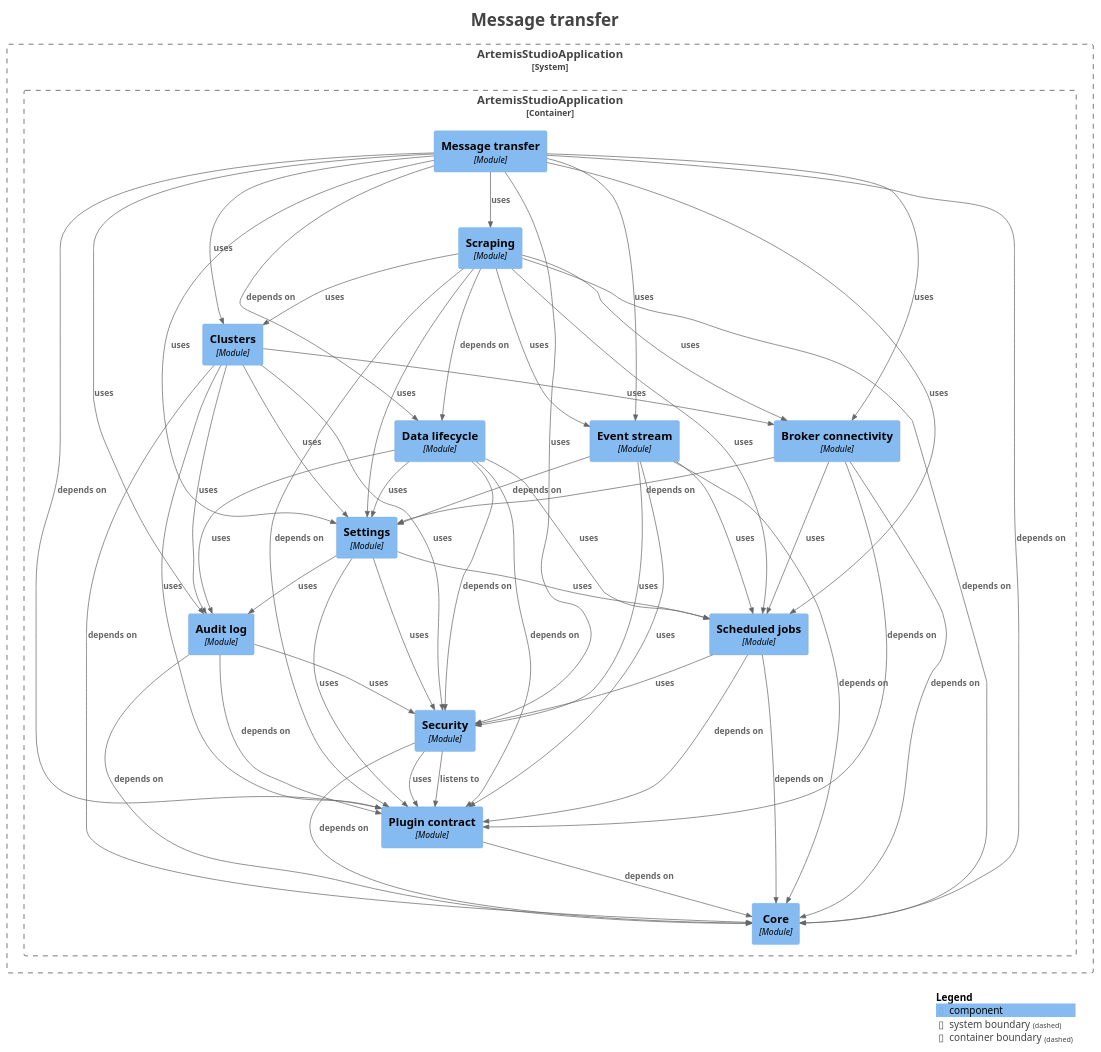
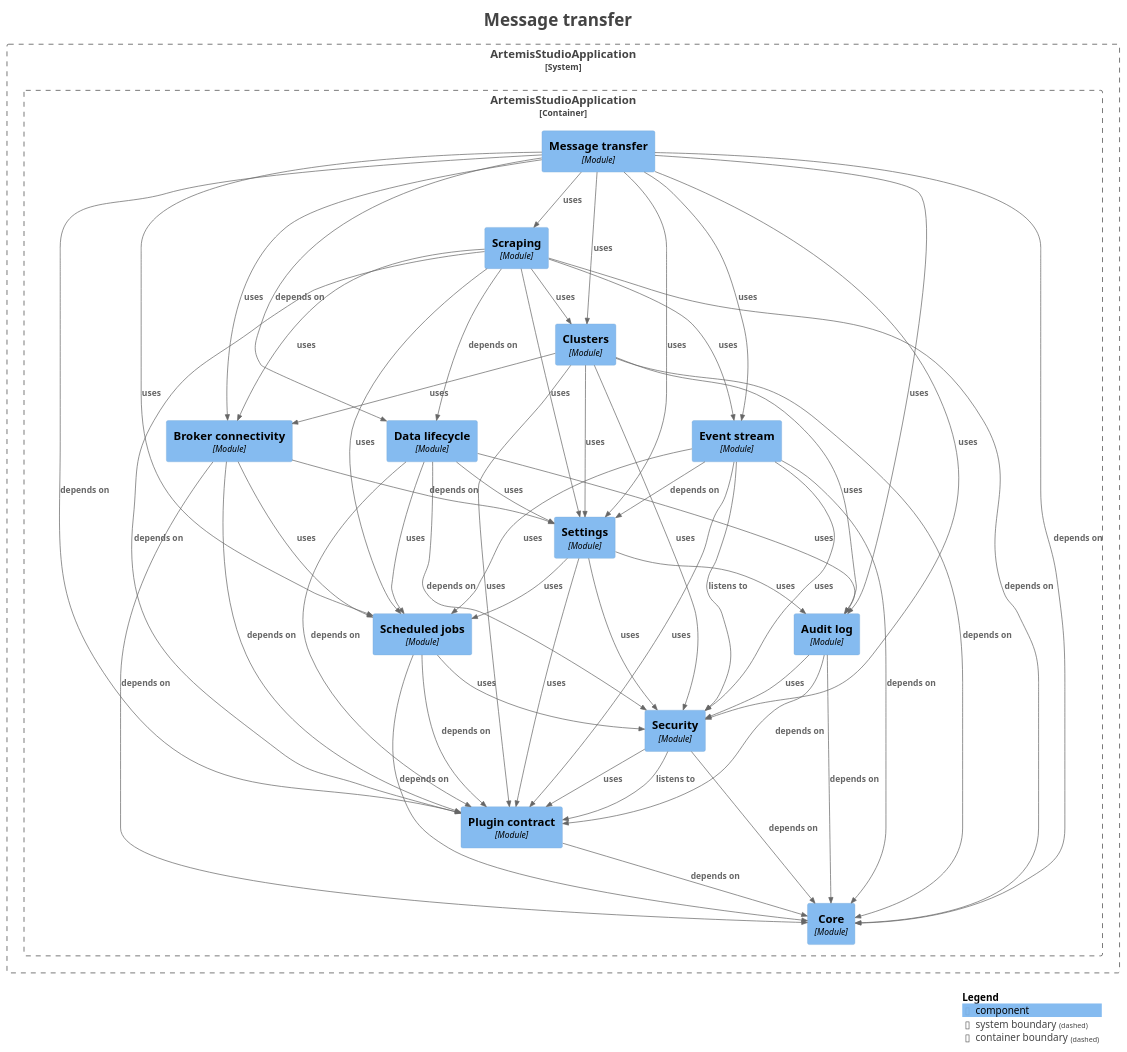
One commit to sudoitir/artemis-studio changed the diagram in docs/modules/module-feature.transfer.puml. Above: the diagram before and after it, drawn with PlantUML. The commit also changed 27 other files, not shown here.

```diff
--- a/docs/modules/module-feature.transfer.puml
+++ b/docs/modules/module-feature.transfer.puml
@@ -1,92 +1,93 @@
 @startuml
 title <size:24>Message transfer</size>
 
 set separator none
 top to bottom direction
 
 <style>
   root {
     BackgroundColor: #ffffff
     FontColor: #444444
   }
 </style>
 
 !include <C4/C4>
 !include <C4/C4_Context>
 !include <C4/C4_Component>
 
 System_Boundary("ArtemisStudioApplication_boundary", "ArtemisStudioApplication", $tags="") {
   Container_Boundary("ArtemisStudioApplication.ArtemisStudioApplication_boundary", "ArtemisStudioApplication", $tags="") {
     Component(ArtemisStudioApplication.ArtemisStudioApplication.Settings, "Settings", $techn="Module", $descr="", $tags="", $link="")
     Component(ArtemisStudioApplication.ArtemisStudioApplication.Datalifecycle, "Data lifecycle", $techn="Module", $descr="", $tags="", $link="")
     Component(ArtemisStudioApplication.ArtemisStudioApplication.Eventstream, "Event stream", $techn="Module", $descr="", $tags="", $link="")
     Component(ArtemisStudioApplication.ArtemisStudioApplication.Brokerconnectivity, "Broker connectivity", $techn="Module", $descr="", $tags="", $link="")
     Component(ArtemisStudioApplication.ArtemisStudioApplication.Clusters, "Clusters", $techn="Module", $descr="", $tags="", $link="")
     Component(ArtemisStudioApplication.ArtemisStudioApplication.Scraping, "Scraping", $techn="Module", $descr="", $tags="", $link="")
     Component(ArtemisStudioApplication.ArtemisStudioApplication.Messagetransfer, "Message transfer", $techn="Module", $descr="", $tags="", $link="")
     Component(ArtemisStudioApplication.ArtemisStudioApplication.Core, "Core", $techn="Module", $descr="", $tags="", $link="")
     Component(ArtemisStudioApplication.ArtemisStudioApplication.Plugincontract, "Plugin contract", $techn="Module", $descr="", $tags="", $link="")
     Component(ArtemisStudioApplication.ArtemisStudioApplication.Security, "Security", $techn="Module", $descr="", $tags="", $link="")
     Component(ArtemisStudioApplication.ArtemisStudioApplication.Auditlog, "Audit log", $techn="Module", $descr="", $tags="", $link="")
     Component(ArtemisStudioApplication.ArtemisStudioApplication.Scheduledjobs, "Scheduled jobs", $techn="Module", $descr="", $tags="", $link="")
   }
 
 }
 
 Rel(ArtemisStudioApplication.ArtemisStudioApplication.Auditlog, ArtemisStudioApplication.ArtemisStudioApplication.Core, "depends on", $techn="", $tags="", $link="")
 Rel(ArtemisStudioApplication.ArtemisStudioApplication.Auditlog, ArtemisStudioApplication.ArtemisStudioApplication.Plugincontract, "depends on", $techn="", $tags="", $link="")
 Rel(ArtemisStudioApplication.ArtemisStudioApplication.Auditlog, ArtemisStudioApplication.ArtemisStudioApplication.Security, "uses", $techn="", $tags="", $link="")
 Rel(ArtemisStudioApplication.ArtemisStudioApplication.Brokerconnectivity, ArtemisStudioApplication.ArtemisStudioApplication.Core, "depends on", $techn="", $tags="", $link="")
 Rel(ArtemisStudioApplication.ArtemisStudioApplication.Brokerconnectivity, ArtemisStudioApplication.ArtemisStudioApplication.Plugincontract, "depends on", $techn="", $tags="", $link="")
 Rel(ArtemisStudioApplication.ArtemisStudioApplication.Brokerconnectivity, ArtemisStudioApplication.ArtemisStudioApplication.Scheduledjobs, "uses", $techn="", $tags="", $link="")
 Rel(ArtemisStudioApplication.ArtemisStudioApplication.Brokerconnectivity, ArtemisStudioApplication.ArtemisStudioApplication.Settings, "depends on", $techn="", $tags="", $link="")
 Rel(ArtemisStudioApplication.ArtemisStudioApplication.Clusters, ArtemisStudioApplication.ArtemisStudioApplication.Auditlog, "uses", $techn="", $tags="", $link="")
 Rel(ArtemisStudioApplication.ArtemisStudioApplication.Clusters, ArtemisStudioApplication.ArtemisStudioApplication.Brokerconnectivity, "uses", $techn="", $tags="", $link="")
 Rel(ArtemisStudioApplication.ArtemisStudioApplication.Clusters, ArtemisStudioApplication.ArtemisStudioApplication.Core, "depends on", $techn="", $tags="", $link="")
 Rel(ArtemisStudioApplication.ArtemisStudioApplication.Clusters, ArtemisStudioApplication.ArtemisStudioApplication.Plugincontract, "uses", $techn="", $tags="", $link="")
 Rel(ArtemisStudioApplication.ArtemisStudioApplication.Clusters, ArtemisStudioApplication.ArtemisStudioApplication.Security, "uses", $techn="", $tags="", $link="")
 Rel(ArtemisStudioApplication.ArtemisStudioApplication.Clusters, ArtemisStudioApplication.ArtemisStudioApplication.Settings, "uses", $techn="", $tags="", $link="")
 Rel(ArtemisStudioApplication.ArtemisStudioApplication.Datalifecycle, ArtemisStudioApplication.ArtemisStudioApplication.Auditlog, "uses", $techn="", $tags="", $link="")
 Rel(ArtemisStudioApplication.ArtemisStudioApplication.Datalifecycle, ArtemisStudioApplication.ArtemisStudioApplication.Plugincontract, "depends on", $techn="", $tags="", $link="")
 Rel(ArtemisStudioApplication.ArtemisStudioApplication.Datalifecycle, ArtemisStudioApplication.ArtemisStudioApplication.Scheduledjobs, "uses", $techn="", $tags="", $link="")
 Rel(ArtemisStudioApplication.ArtemisStudioApplication.Datalifecycle, ArtemisStudioApplication.ArtemisStudioApplication.Security, "depends on", $techn="", $tags="", $link="")
 Rel(ArtemisStudioApplication.ArtemisStudioApplication.Datalifecycle, ArtemisStudioApplication.ArtemisStudioApplication.Settings, "uses", $techn="", $tags="", $link="")
 Rel(ArtemisStudioApplication.ArtemisStudioApplication.Eventstream, ArtemisStudioApplication.ArtemisStudioApplication.Core, "depends on", $techn="", $tags="", $link="")
 Rel(ArtemisStudioApplication.ArtemisStudioApplication.Eventstream, ArtemisStudioApplication.ArtemisStudioApplication.Plugincontract, "uses", $techn="", $tags="", $link="")
 Rel(ArtemisStudioApplication.ArtemisStudioApplication.Eventstream, ArtemisStudioApplication.ArtemisStudioApplication.Scheduledjobs, "uses", $techn="", $tags="", $link="")
+Rel(ArtemisStudioApplication.ArtemisStudioApplication.Eventstream, ArtemisStudioApplication.ArtemisStudioApplication.Security, "listens to", $techn="", $tags="", $link="")
 Rel(ArtemisStudioApplication.ArtemisStudioApplication.Eventstream, ArtemisStudioApplication.ArtemisStudioApplication.Security, "uses", $techn="", $tags="", $link="")
 Rel(ArtemisStudioApplication.ArtemisStudioApplication.Eventstream, ArtemisStudioApplication.ArtemisStudioApplication.Settings, "depends on", $techn="", $tags="", $link="")
 Rel(ArtemisStudioApplication.ArtemisStudioApplication.Messagetransfer, ArtemisStudioApplication.ArtemisStudioApplication.Auditlog, "uses", $techn="", $tags="", $link="")
 Rel(ArtemisStudioApplication.ArtemisStudioApplication.Messagetransfer, ArtemisStudioApplication.ArtemisStudioApplication.Brokerconnectivity, "uses", $techn="", $tags="", $link="")
 Rel(ArtemisStudioApplication.ArtemisStudioApplication.Messagetransfer, ArtemisStudioApplication.ArtemisStudioApplication.Clusters, "uses", $techn="", $tags="", $link="")
 Rel(ArtemisStudioApplication.ArtemisStudioApplication.Messagetransfer, ArtemisStudioApplication.ArtemisStudioApplication.Core, "depends on", $techn="", $tags="", $link="")
 Rel(ArtemisStudioApplication.ArtemisStudioApplication.Messagetransfer, ArtemisStudioApplication.ArtemisStudioApplication.Datalifecycle, "depends on", $techn="", $tags="", $link="")
 Rel(ArtemisStudioApplication.ArtemisStudioApplication.Messagetransfer, ArtemisStudioApplication.ArtemisStudioApplication.Eventstream, "uses", $techn="", $tags="", $link="")
 Rel(ArtemisStudioApplication.ArtemisStudioApplication.Messagetransfer, ArtemisStudioApplication.ArtemisStudioApplication.Plugincontract, "depends on", $techn="", $tags="", $link="")
 Rel(ArtemisStudioApplication.ArtemisStudioApplication.Messagetransfer, ArtemisStudioApplication.ArtemisStudioApplication.Scheduledjobs, "uses", $techn="", $tags="", $link="")
 Rel(ArtemisStudioApplication.ArtemisStudioApplication.Messagetransfer, ArtemisStudioApplication.ArtemisStudioApplication.Scraping, "uses", $techn="", $tags="", $link="")
 Rel(ArtemisStudioApplication.ArtemisStudioApplication.Messagetransfer, ArtemisStudioApplication.ArtemisStudioApplication.Security, "uses", $techn="", $tags="", $link="")
 Rel(ArtemisStudioApplication.ArtemisStudioApplication.Messagetransfer, ArtemisStudioApplication.ArtemisStudioApplication.Settings, "uses", $techn="", $tags="", $link="")
 Rel(ArtemisStudioApplication.ArtemisStudioApplication.Plugincontract, ArtemisStudioApplication.ArtemisStudioApplication.Core, "depends on", $techn="", $tags="", $link="")
 Rel(ArtemisStudioApplication.ArtemisStudioApplication.Scheduledjobs, ArtemisStudioApplication.ArtemisStudioApplication.Core, "depends on", $techn="", $tags="", $link="")
 Rel(ArtemisStudioApplication.ArtemisStudioApplication.Scheduledjobs, ArtemisStudioApplication.ArtemisStudioApplication.Plugincontract, "depends on", $techn="", $tags="", $link="")
 Rel(ArtemisStudioApplication.ArtemisStudioApplication.Scheduledjobs, ArtemisStudioApplication.ArtemisStudioApplication.Security, "uses", $techn="", $tags="", $link="")
 Rel(ArtemisStudioApplication.ArtemisStudioApplication.Scraping, ArtemisStudioApplication.ArtemisStudioApplication.Brokerconnectivity, "uses", $techn="", $tags="", $link="")
 Rel(ArtemisStudioApplication.ArtemisStudioApplication.Scraping, ArtemisStudioApplication.ArtemisStudioApplication.Clusters, "uses", $techn="", $tags="", $link="")
 Rel(ArtemisStudioApplication.ArtemisStudioApplication.Scraping, ArtemisStudioApplication.ArtemisStudioApplication.Core, "depends on", $techn="", $tags="", $link="")
 Rel(ArtemisStudioApplication.ArtemisStudioApplication.Scraping, ArtemisStudioApplication.ArtemisStudioApplication.Datalifecycle, "depends on", $techn="", $tags="", $link="")
 Rel(ArtemisStudioApplication.ArtemisStudioApplication.Scraping, ArtemisStudioApplication.ArtemisStudioApplication.Eventstream, "uses", $techn="", $tags="", $link="")
 Rel(ArtemisStudioApplication.ArtemisStudioApplication.Scraping, ArtemisStudioApplication.ArtemisStudioApplication.Plugincontract, "depends on", $techn="", $tags="", $link="")
 Rel(ArtemisStudioApplication.ArtemisStudioApplication.Scraping, ArtemisStudioApplication.ArtemisStudioApplication.Scheduledjobs, "uses", $techn="", $tags="", $link="")
 Rel(ArtemisStudioApplication.ArtemisStudioApplication.Scraping, ArtemisStudioApplication.ArtemisStudioApplication.Settings, "uses", $techn="", $tags="", $link="")
 Rel(ArtemisStudioApplication.ArtemisStudioApplication.Security, ArtemisStudioApplication.ArtemisStudioApplication.Core, "depends on", $techn="", $tags="", $link="")
 Rel(ArtemisStudioApplication.ArtemisStudioApplication.Security, ArtemisStudioApplication.ArtemisStudioApplication.Plugincontract, "listens to", $techn="", $tags="", $link="")
 Rel(ArtemisStudioApplication.ArtemisStudioApplication.Security, ArtemisStudioApplication.ArtemisStudioApplication.Plugincontract, "uses", $techn="", $tags="", $link="")
 Rel(ArtemisStudioApplication.ArtemisStudioApplication.Settings, ArtemisStudioApplication.ArtemisStudioApplication.Auditlog, "uses", $techn="", $tags="", $link="")
 Rel(ArtemisStudioApplication.ArtemisStudioApplication.Settings, ArtemisStudioApplication.ArtemisStudioApplication.Plugincontract, "uses", $techn="", $tags="", $link="")
 Rel(ArtemisStudioApplication.ArtemisStudioApplication.Settings, ArtemisStudioApplication.ArtemisStudioApplication.Scheduledjobs, "uses", $techn="", $tags="", $link="")
 Rel(ArtemisStudioApplication.ArtemisStudioApplication.Settings, ArtemisStudioApplication.ArtemisStudioApplication.Security, "uses", $techn="", $tags="", $link="")
 
 SHOW_LEGEND(true)
 hide stereotypes
 @enduml
```
